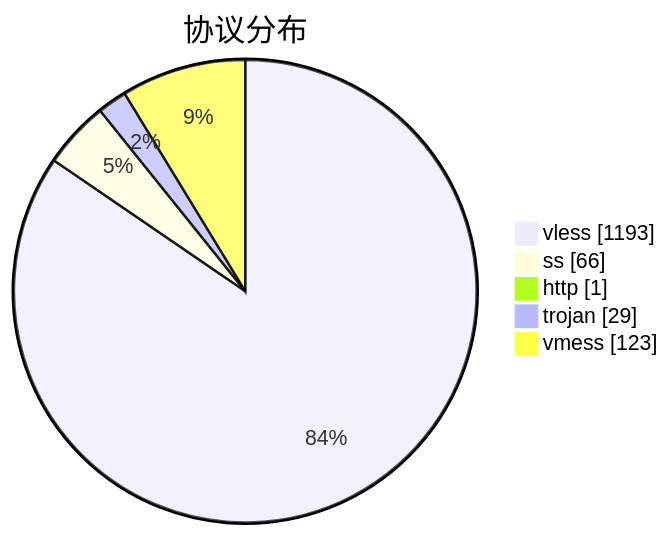
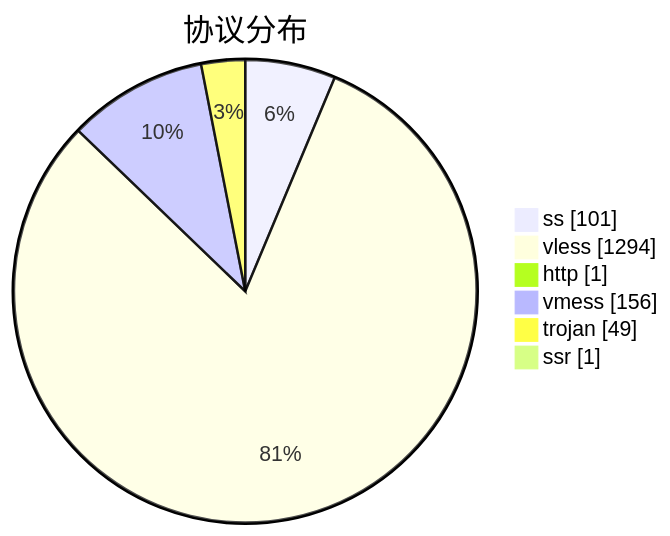
The third of 3 diagrams in subs/statistics/tested_within.md (qjlxg/airport), drawn with Mermaid before and after one commit. The commit also changed other lines of this file and 2 other files, not shown here.

````diff
--- a/subs/statistics/tested_within.md
+++ b/subs/statistics/tested_within.md
@@ -45,9 +44,10 @@
 ```mermaid
 pie showData
 title 协议分布
-"vless" : 1193
-"ss" : 66
+"ss" : 101
+"vless" : 1294
 "http" : 1
-"trojan" : 29
-"vmess" : 123
+"vmess" : 156
+"trojan" : 49
+"ssr" : 1
 ```
````
